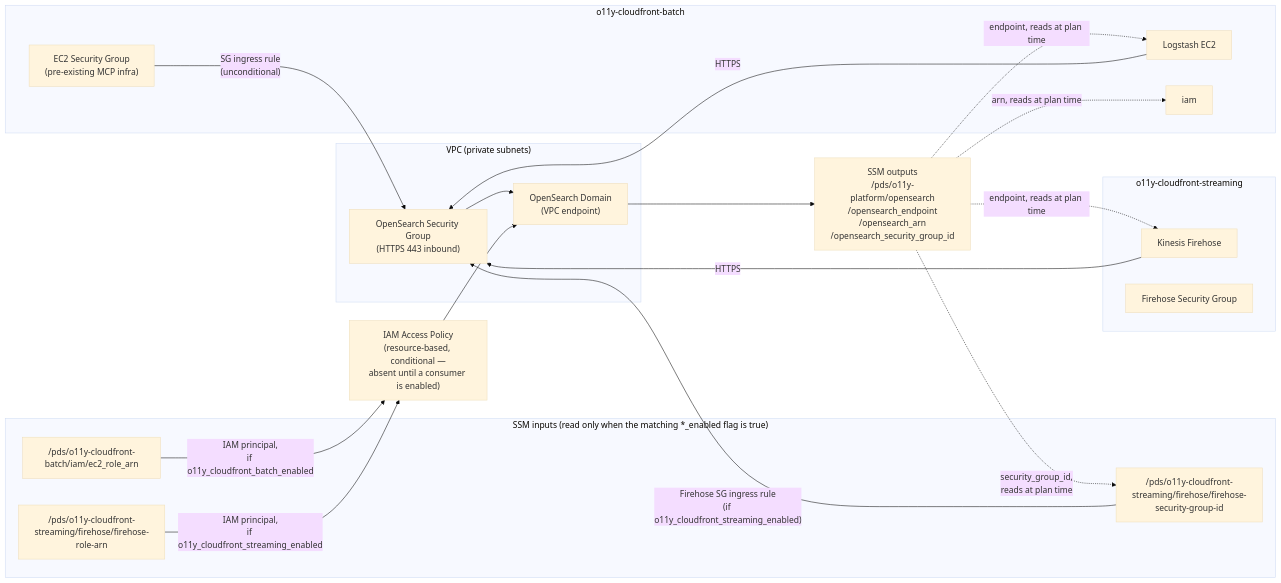
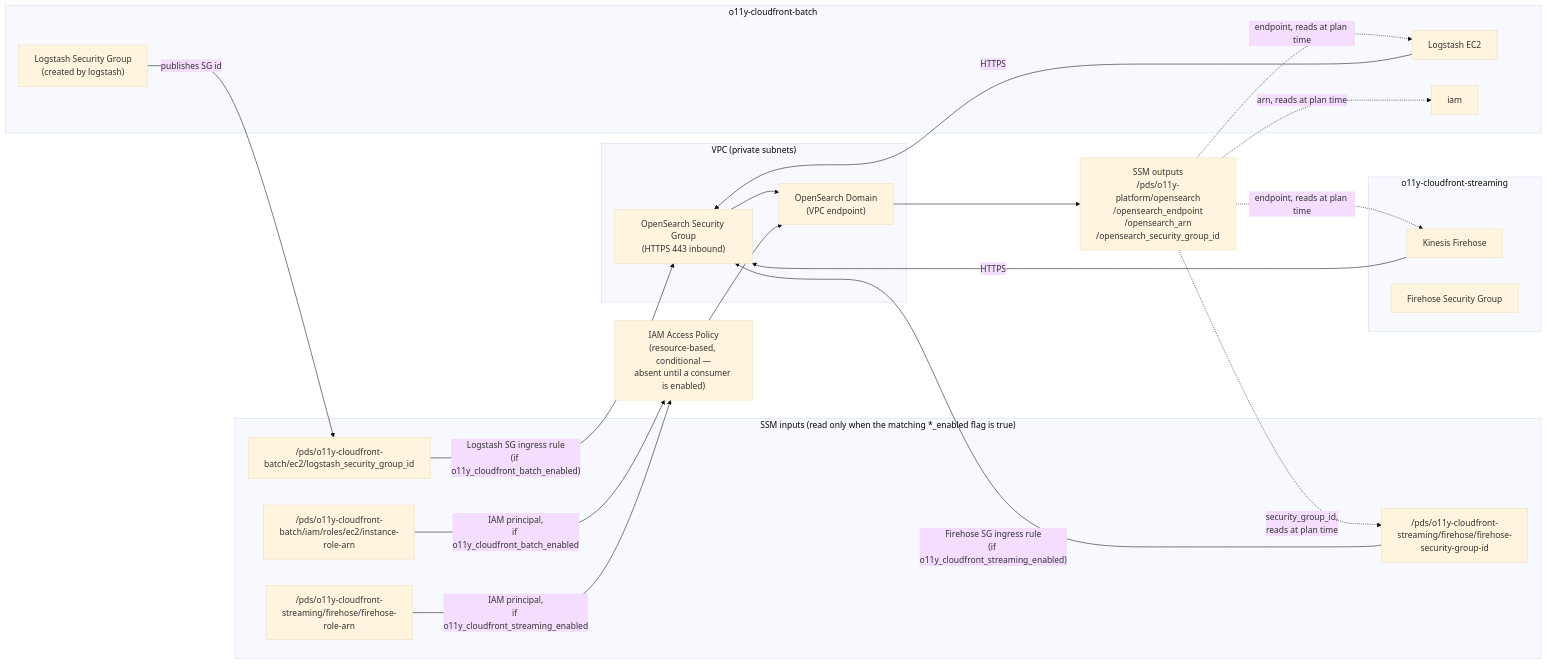
One commit to NASA-PDS/o11y-platform changed the first of 2 diagrams in terraform/README.md. Above: the diagram before and after it, drawn with Mermaid (base theme). The commit also changed other lines of this file and 8 other files, not shown here.

First line of the commit message:
Allow HTTPS from the Logstash SG read from SSM; fix role ARN path

````diff
--- a/terraform/README.md
+++ b/terraform/README.md
@@ -7,41 +7,43 @@
 ```mermaid
 flowchart LR
     subgraph vpc["VPC (private subnets)"]
         SG["OpenSearch Security Group\n(HTTPS 443 inbound)"]
         OS["OpenSearch Domain\n(VPC endpoint)"]
     end
 
     subgraph ssm_in["SSM inputs (read only when the matching *_enabled flag is true)"]
-        EC2ARN["/pds/o11y-cloudfront-batch/iam/ec2_role_arn"]
+        EC2ARN["/pds/o11y-cloudfront-batch/iam/roles/ec2/instance-role-arn"]
+        LSSGID["/pds/o11y-cloudfront-batch/ec2/logstash_security_group_id"]
         FHARN["/pds/o11y-cloudfront-streaming/firehose/firehose-role-arn"]
         FHSGID["/pds/o11y-cloudfront-streaming/firehose/firehose-security-group-id"]
     end
 
     POL["IAM Access Policy\n(resource-based, conditional —\nabsent until a consumer is enabled)"]
     SSM_OUT["SSM outputs\n/pds/o11y-platform/opensearch\n/opensearch_endpoint\n/opensearch_arn\n/opensearch_security_group_id"]
 
     subgraph wa["o11y-cloudfront-batch"]
         LS["Logstash EC2"]
-        EC2SG["EC2 Security Group\n(pre-existing MCP infra)"]
+        LSSG["Logstash Security Group\n(created by logstash)"]
         WAIAM["iam"]
     end
 
     subgraph cf["o11y-cloudfront-streaming"]
         FH["Kinesis Firehose"]
         FHSG["Firehose Security Group"]
     end
 
-    EC2SG -->|"SG ingress rule\n(unconditional)"| SG
+    LSSG -->|"publishes SG id"| LSSGID
+    LSSGID -->|"Logstash SG ingress rule\n(if o11y_cloudfront_batch_enabled)"| SG
     SG --> OS
     EC2ARN -->|"IAM principal,\nif o11y_cloudfront_batch_enabled"| POL
     FHARN -->|"IAM principal,\nif o11y_cloudfront_streaming_enabled"| POL
     POL --> OS
     OS --> SSM_OUT
     SSM_OUT -.->|"endpoint, reads at plan time"| LS
     SSM_OUT -.->|"endpoint, reads at plan time"| FH
     SSM_OUT -.->|"arn, reads at plan time"| WAIAM
     SSM_OUT -.->|"security_group_id,\nreads at plan time"| FHSGID
     FHSGID -->|"Firehose SG ingress rule\n(if o11y_cloudfront_streaming_enabled)"| SG
     LS -->|"HTTPS"| SG
     FH -->|"HTTPS"| SG
 ```
````
